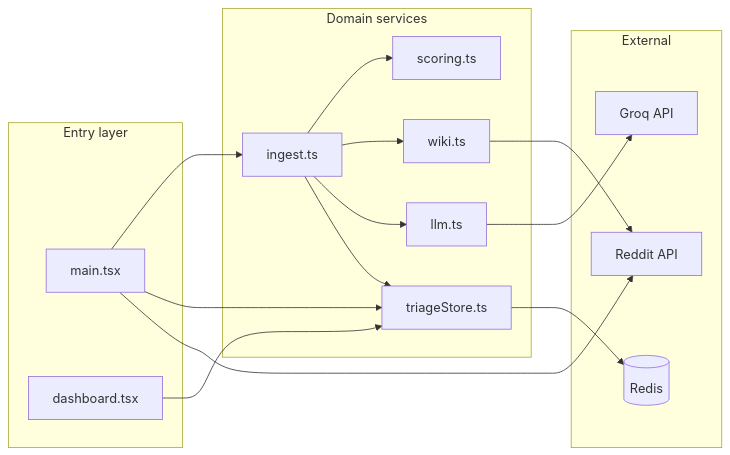
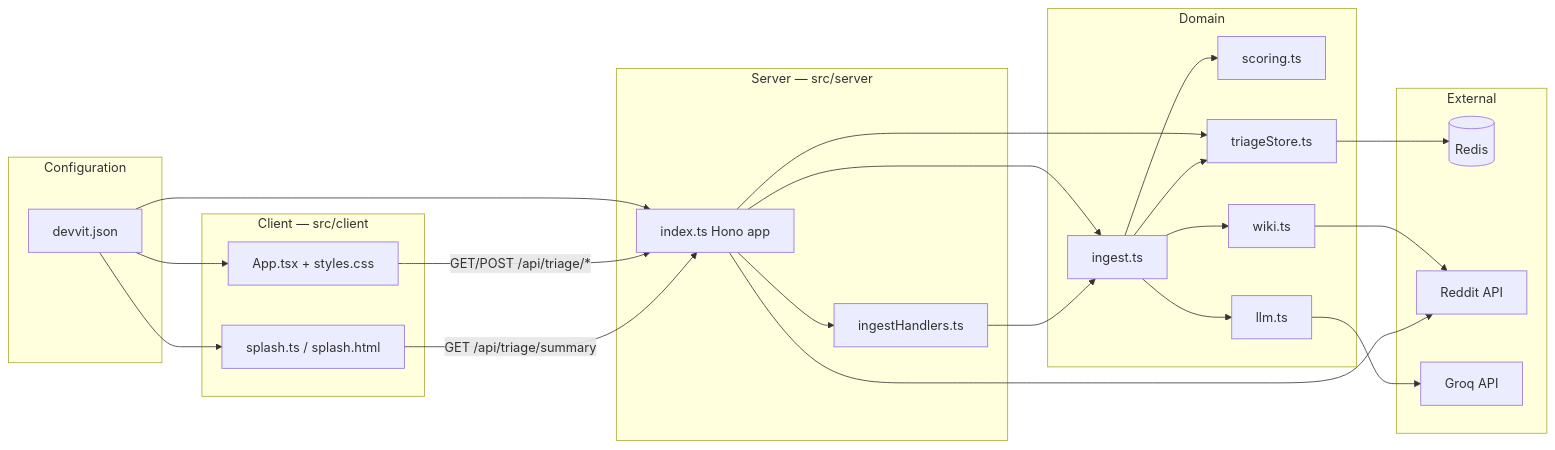
The second of 6 diagrams in docs/ARCHITECTURE.md (nag-gude/triageguard), drawn with Mermaid before and after one commit. The commit also changed other lines of this file and 33 other files, not shown here.

````diff
--- a/docs/ARCHITECTURE.md
+++ b/docs/ARCHITECTURE.md
@@ -52,33 +85,48 @@
 ```mermaid
 flowchart LR
-  subgraph Entry["Entry layer"]
-    main[main.tsx]
-    dash[dashboard.tsx]
+  subgraph Config["Configuration"]
+    dv[devvit.json]
   end
 
-  subgraph Domain["Domain services"]
+  subgraph Client["Client — src/client"]
+    splash[splash.ts / splash.html]
+    app[App.tsx + styles.css]
+  end
+
+  subgraph Server["Server — src/server"]
+    idx[index.ts Hono app]
+    ih[ingestHandlers.ts]
+  end
+
+  subgraph Domain["Domain"]
     ingest[ingest.ts]
     score[scoring.ts]
     store[triageStore.ts]
     wiki[wiki.ts]
     llm[llm.ts]
   end
 
   subgraph External["External"]
     redis[(Redis)]
     reddit[Reddit API]
     groq[Groq API]
   end
 
-  main --> ingest
-  main --> store
-  dash --> store
+  dv --> idx
+  dv --> splash
+  dv --> app
+  idx --> ih
+  idx --> ingest
+  idx --> store
+  ih --> ingest
+  app -->|GET/POST /api/triage/*| idx
+  splash -->|GET /api/triage/summary| idx
   ingest --> score
   ingest --> wiki
   ingest --> llm
   ingest --> store
   store --> redis
   wiki --> reddit
   llm --> groq
-  main --> reddit
+  idx --> reddit
 ```
````
